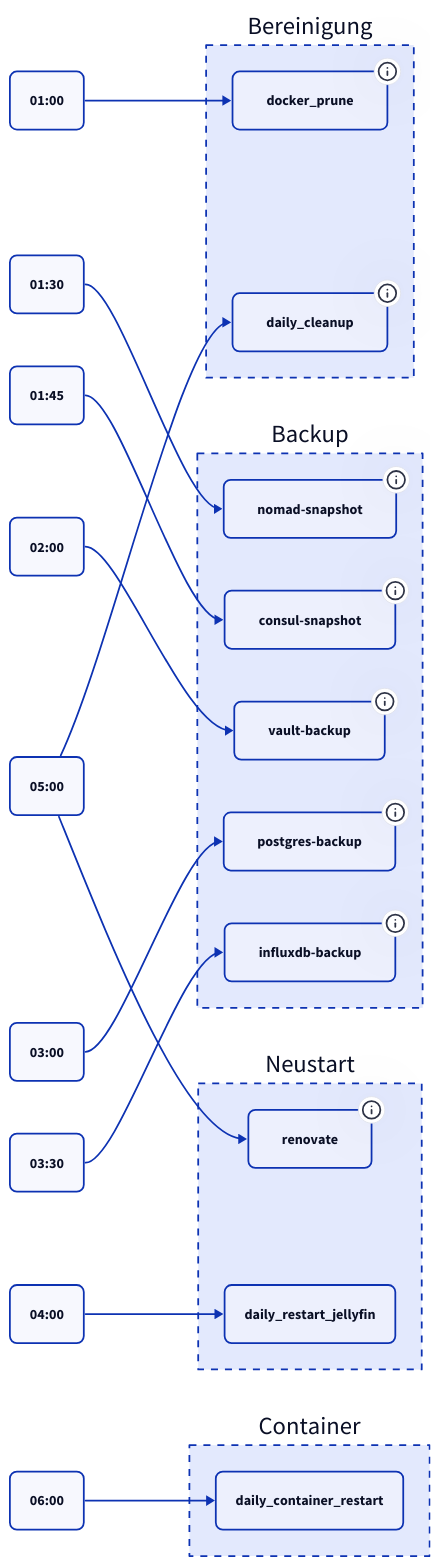
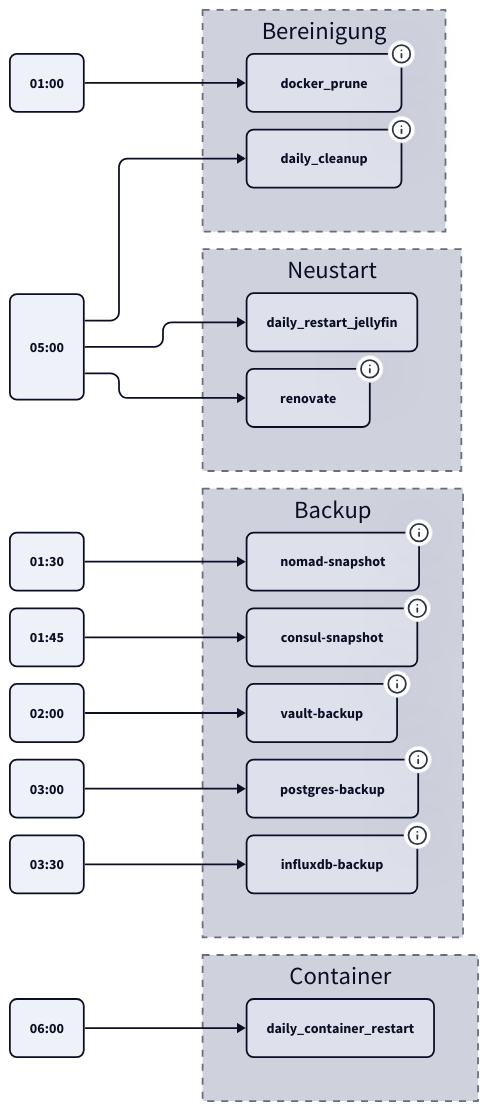
The diagram in docs/_querschnitt/batch-jobs.md (derever-labs/homelab-wiki), drawn with D2 before and after one commit. The commit also changed other lines of this file and 109 other files, not shown here.

````diff
--- a/docs/_querschnitt/batch-jobs.md
+++ b/docs/_querschnitt/batch-jobs.md
@@ -17,51 +17,56 @@
 ```d2
 direction: right
+vars: {
+  d2-config: {
+    theme-id: 1
+    layout-engine: elk
+  }
+}
 
 t01: 01:00 { style.border-radius: 8 }
 t03: 03:00 { style.border-radius: 8 }
 t0330: 03:30 { style.border-radius: 8 }
-t04: 04:00 { style.border-radius: 8 }
 t05: 05:00 { style.border-radius: 8 }
 t06: 06:00 { style.border-radius: 8 }
 
 Bereinigung: Bereinigung {
   style.stroke-dash: 4
   dp: docker_prune { style.border-radius: 8; tooltip: "Docker System Prune -a --volumes" }
   dc: daily_cleanup { style.border-radius: 8; tooltip: "APT, Journal, Caches, /tmp" }
 }
 
 Backup: Backup {
   style.stroke-dash: 4
   ns: nomad-snapshot { style.border-radius: 8; tooltip: "Nomad Raft Snapshot → NFS GFS" }
   cs: consul-snapshot { style.border-radius: 8; tooltip: "Consul Raft Snapshot → NFS GFS" }
   vb: vault-backup { style.border-radius: 8; tooltip: "Vault Raft Snapshot → NFS GFS" }
   pb: postgres-backup { style.border-radius: 8; tooltip: "pg_dumpall → NFS GFS 7d/4w/3m" }
   ib: influxdb-backup { style.border-radius: 8; tooltip: "influx backup → NFS GFS" }
 }
 
 Neustart: Neustart {
   style.stroke-dash: 4
   rj: daily_restart_jellyfin { style.border-radius: 8 }
   rv: renovate { style.border-radius: 8; tooltip: "Docker Image Updates via GitHub PRs" }
 }
 
 Container: Container {
   style.stroke-dash: 4
   cr: daily_container_restart { style.border-radius: 8 }
 }
 
 t0130: 01:30 { style.border-radius: 8 }
 t0145: 01:45 { style.border-radius: 8 }
 t02: 02:00 { style.border-radius: 8 }
 
 t01 -> Bereinigung.dp
 t0130 -> Backup.ns
 t0145 -> Backup.cs
 t02 -> Backup.vb
 t03 -> Backup.pb
 t0330 -> Backup.ib
-t04 -> Neustart.rj
+t05 -> Neustart.rj
 t05 -> Neustart.rv
 t05 -> Bereinigung.dc
 t06 -> Container.cr
 ```
````
